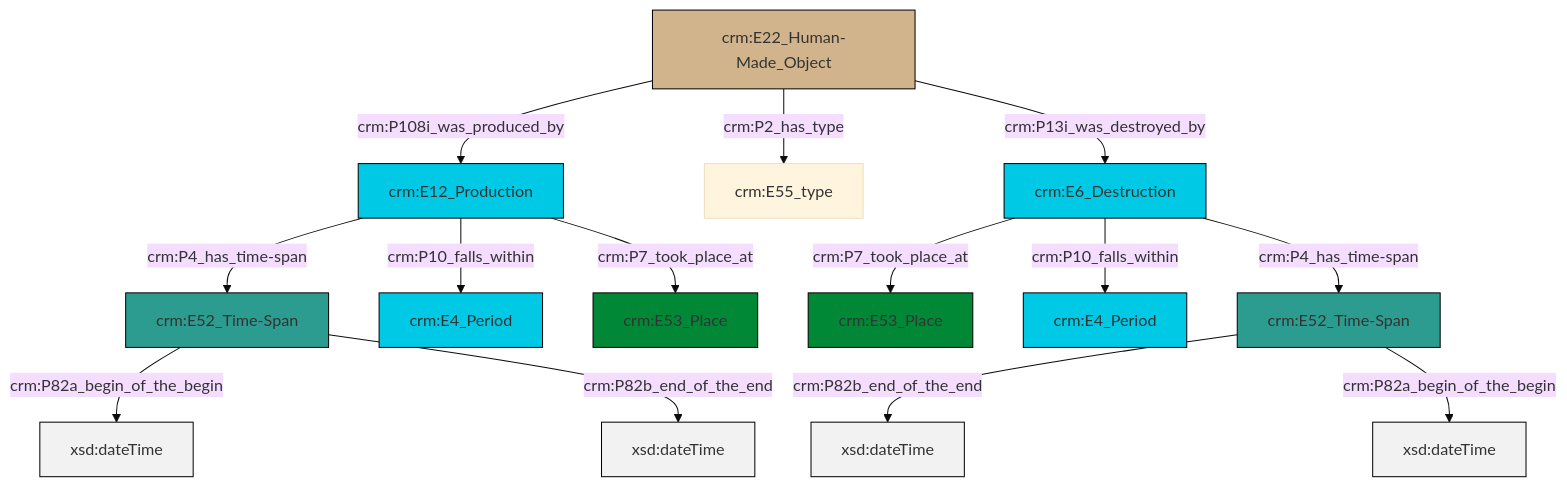
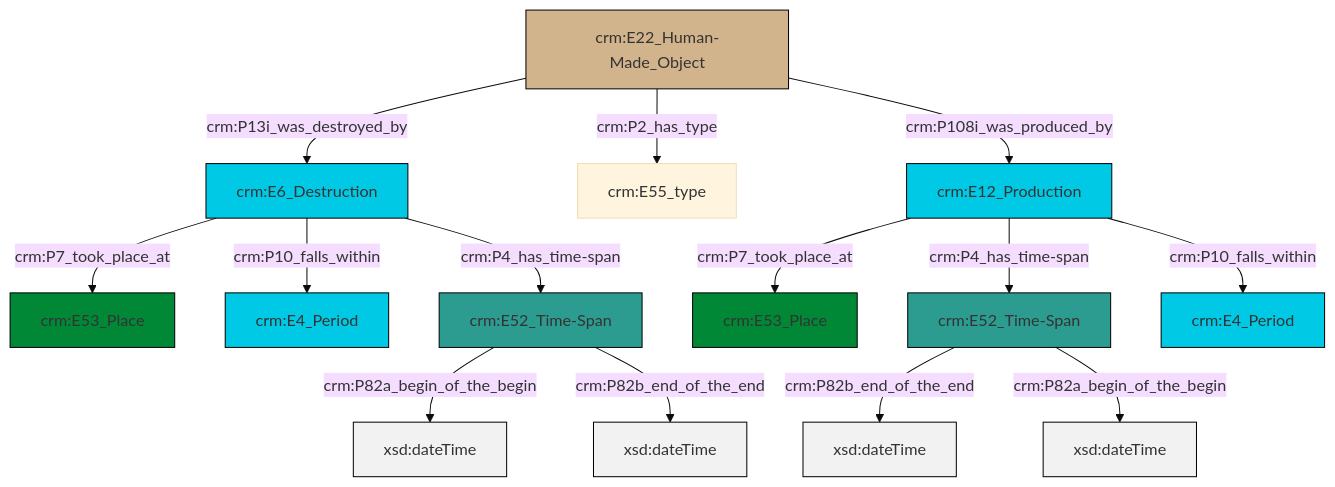
Before and after one commit to swiss-art-research-net/docs.swissartresearch: the diagram in et/builtWorkCSV/ttl/mmd/Built_Work_existence.ttl.mmd, drawn with Mermaid (base theme). The commit also changed 177 other files, not shown here.

```diff
--- a/et/builtWorkCSV/ttl/mmd/Built_Work_existence.ttl.mmd
+++ b/et/builtWorkCSV/ttl/mmd/Built_Work_existence.ttl.mmd
@@ -1,28 +1,28 @@
 graph TD
 classDef Literal fill:#f2f2f2,stroke:#000000;
 classDef CRM_Entity fill:#FFFFFF,stroke:#000000;
 classDef Temporal_Entity fill:#00C9E6, stroke:#000000;
 classDef Type fill:#E18312, stroke:#000000;
 classDef Time-Span fill:#2C9C91, stroke:#000000;
 classDef Appellation fill:#FFEB7F, stroke:#000000;
 classDef Place fill:#008836, stroke:#000000;
 classDef Persistent_Item fill:#B266B2, stroke:#000000;
 classDef Conceptual_Object fill:#FFD700, stroke:#000000;
 classDef Physical_Thing fill:#D2B48C, stroke:#000000;
 classDef Actor fill:#f58aad, stroke:#000000;
 classDef PC_Classes fill:#4ce600, stroke:#000000;
 classDef Multi fill:#cccccc,stroke:#000000;
 
-4["crm:E6_Destruction"]:::Temporal_Entity -->|crm:P7_took_place_at| 2["crm:E53_Place"]:::Place
-5["crm:E22_Human-Made_Object"]:::Physical_Thing -->|crm:P108i_was_produced_by| 6["crm:E12_Production"]:::Temporal_Entity
-0["crm:E52_Time-Span"]:::Time-Span -->|crm:P82b_end_of_the_end| 7[xsd:dateTime]:::Literal
-4["crm:E6_Destruction"]:::Temporal_Entity -->|crm:P10_falls_within| 8["crm:E4_Period"]:::Temporal_Entity
-12["crm:E52_Time-Span"]:::Time-Span -->|crm:P82a_begin_of_the_begin| 16[xsd:dateTime]:::Literal
-6["crm:E12_Production"]:::Temporal_Entity -->|crm:P4_has_time-span| 12["crm:E52_Time-Span"]:::Time-Span
-6["crm:E12_Production"]:::Temporal_Entity -->|crm:P10_falls_within| 17["crm:E4_Period"]:::Temporal_Entity
-5["crm:E22_Human-Made_Object"]:::Physical_Thing -->|crm:P2_has_type| 14["crm:E55_type"]:::Default
-5["crm:E22_Human-Made_Object"]:::Physical_Thing -->|crm:P13i_was_destroyed_by| 4["crm:E6_Destruction"]:::Temporal_Entity
-12["crm:E52_Time-Span"]:::Time-Span -->|crm:P82b_end_of_the_end| 21[xsd:dateTime]:::Literal
-6["crm:E12_Production"]:::Temporal_Entity -->|crm:P7_took_place_at| 10["crm:E53_Place"]:::Place
-4["crm:E6_Destruction"]:::Temporal_Entity -->|crm:P4_has_time-span| 0["crm:E52_Time-Span"]:::Time-Span
-0["crm:E52_Time-Span"]:::Time-Span -->|crm:P82a_begin_of_the_begin| 23[xsd:dateTime]:::Literal
+0["crm:E6_Destruction"]:::Temporal_Entity -->|crm:P7_took_place_at| 1["crm:E53_Place"]:::Place
+2["crm:E52_Time-Span"]:::Time-Span -->|crm:P82b_end_of_the_end| 3[xsd:dateTime]:::Literal
+6["crm:E22_Human-Made_Object"]:::Physical_Thing -->|crm:P13i_was_destroyed_by| 0["crm:E6_Destruction"]:::Temporal_Entity
+7["crm:E52_Time-Span"]:::Time-Span -->|crm:P82a_begin_of_the_begin| 8[xsd:dateTime]:::Literal
+4["crm:E12_Production"]:::Temporal_Entity -->|crm:P7_took_place_at| 11["crm:E53_Place"]:::Place
+4["crm:E12_Production"]:::Temporal_Entity -->|crm:P4_has_time-span| 2["crm:E52_Time-Span"]:::Time-Span
+0["crm:E6_Destruction"]:::Temporal_Entity -->|crm:P10_falls_within| 16["crm:E4_Period"]:::Temporal_Entity
+6["crm:E22_Human-Made_Object"]:::Physical_Thing -->|crm:P2_has_type| 9["crm:E55_type"]:::Default
+6["crm:E22_Human-Made_Object"]:::Physical_Thing -->|crm:P108i_was_produced_by| 4["crm:E12_Production"]:::Temporal_Entity
+0["crm:E6_Destruction"]:::Temporal_Entity -->|crm:P4_has_time-span| 7["crm:E52_Time-Span"]:::Time-Span
+7["crm:E52_Time-Span"]:::Time-Span -->|crm:P82b_end_of_the_end| 21[xsd:dateTime]:::Literal
+4["crm:E12_Production"]:::Temporal_Entity -->|crm:P10_falls_within| 14["crm:E4_Period"]:::Temporal_Entity
+2["crm:E52_Time-Span"]:::Time-Span -->|crm:P82a_begin_of_the_begin| 22[xsd:dateTime]:::Literal
```
